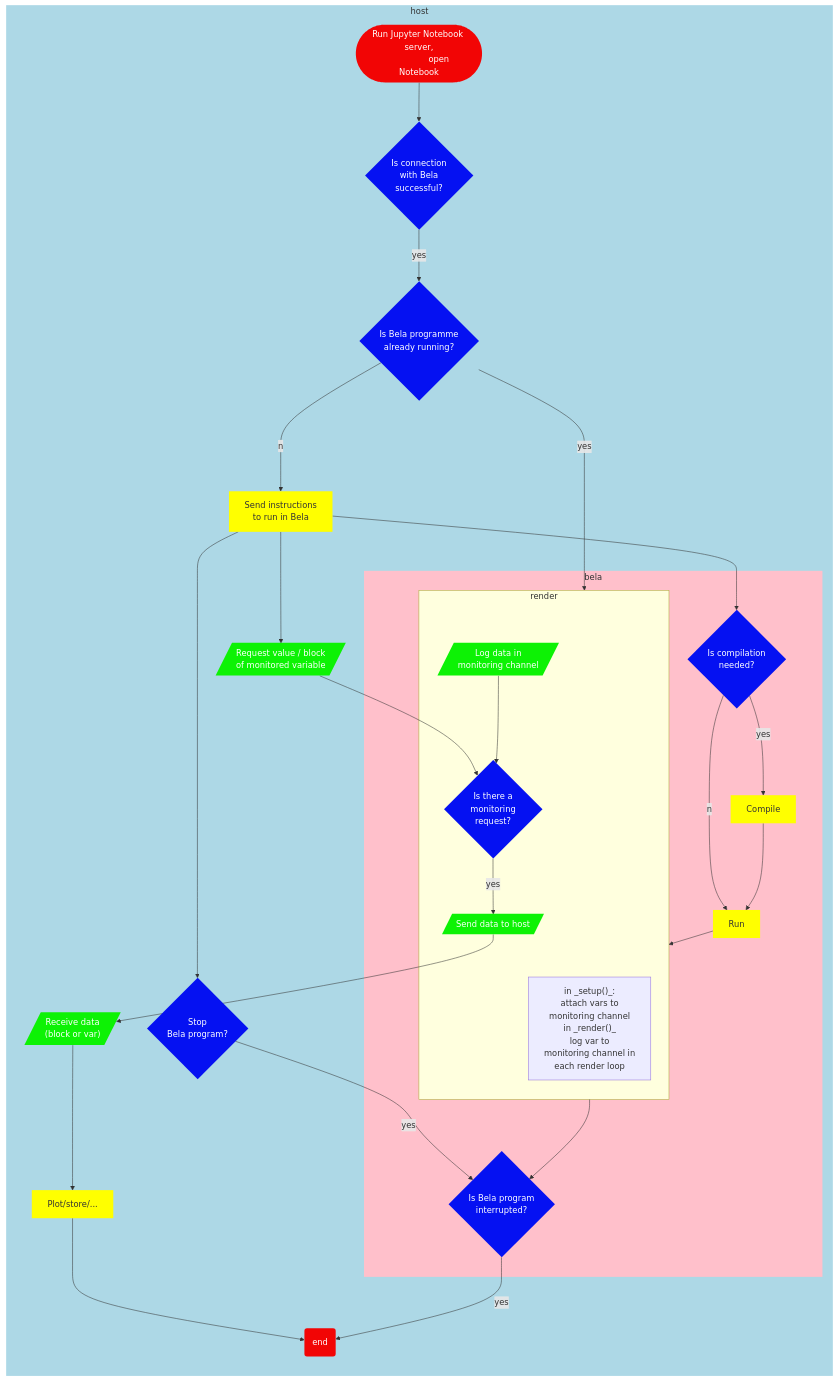
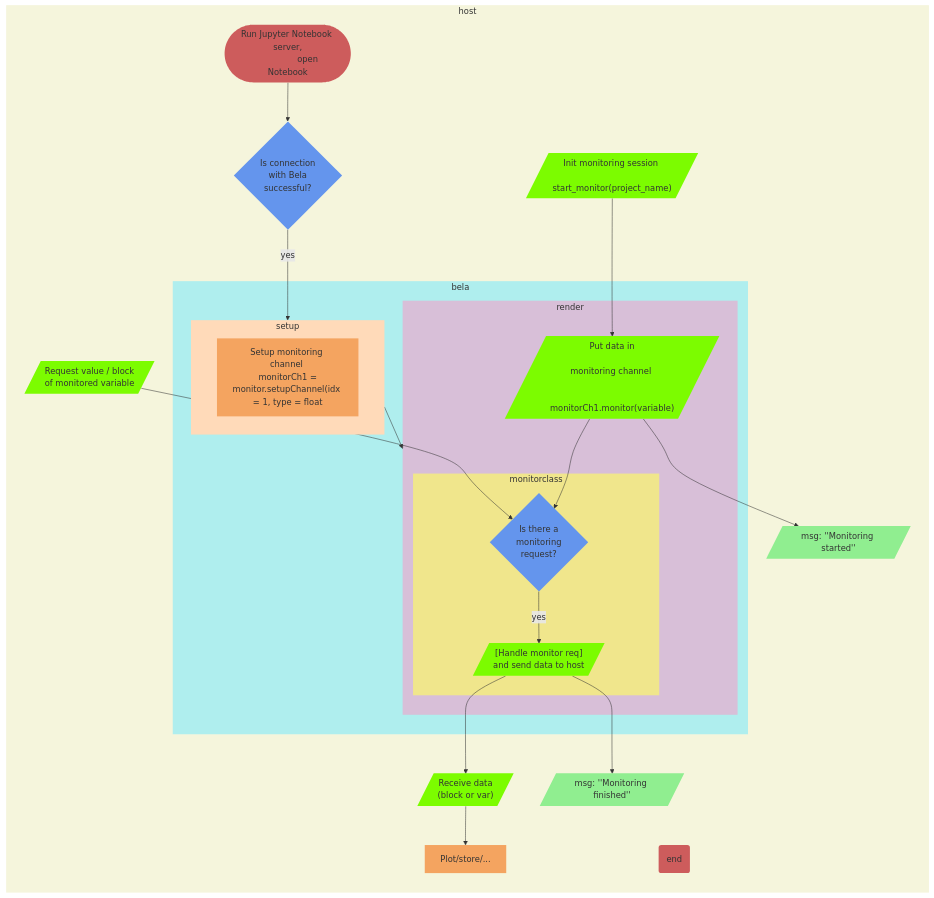
Before and after one commit to BelaPlatform/pybela: the diagram in flowcharts/monitoring.md, drawn with Mermaid. The commit also changed 3 other files, not shown here.

Commit message:
updated flowcharts with latest changes from excel dataflow

````diff
--- a/flowcharts/monitoring.md
+++ b/flowcharts/monitoring.md
@@ -9,13 +9,20 @@
 
 flowchart TD
 
-	classDef c_st fill:#F20505,color:white,stroke-width:0
-	classDef c_io fill:#0DF205,color:white,stroke-width:0
-	classDef c_p fill:yellow,stroke-width:0
-	classDef c_con fill:#0511F2,color:white,stroke-width:0
+	classDef c_st fill:indianred,stroke-width:0
+	classDef c_io fill:lawngreen,stroke-width:0
+	classDef c_p fill:sandybrown,stroke-width:0
+	classDef c_msg fill:lightgreen,stroke-width:0
+	classDef c_con fill:cornflowerblue,stroke-width:0
 	classDef c_bela fill:magenta,stroke-width:0
-	style bela fill:pink,stroke-width:0
-	style host fill:lightblue,stroke-width:0
+
+	style host fill:beige,stroke-width:0
+	style bela fill:paleturquoise,stroke-width:0
+	style setup fill:peachpuff,stroke-width:0
+	style render fill:thistle,stroke-width:0
+	style monitorclass fill:khaki,stroke-width:0
+
+
 
 	subgraph host
 		direction TB
@@ -24,78 +31,67 @@
 		c_all_good{"Is connection
 		with Bela
 		successful?"}:::c_con
-		c_already_run{"Is Bela programme
-		already running?"}:::c_con
-		p_send_inst["Send instructions
-		to run in Bela"]:::c_p
 
+		io_start[/"Init monitoring session 
+		start_monitor(project_name)"/]:::c_io
+	
 		io_req[/"Request value / block
 		of monitored variable"/]:::c_io
 
-		c_is_stopped{"Stop
-		Bela program?"}:::c_con
+		subgraph bela
 
-		subgraph bela
-			c_comp_needed{"Is compilation
-			needed?"}:::c_con
-%%			p_run_ren["enter render() loop"]:::c_p
-%%			p_end_ren["end of render()"]:::c_p
+			subgraph setup
+				p_monitor_setup["Setup monitoring channel \n monitorCh1 = monitor.setupChannel(idx = 1, type = float"]:::c_p
+			end
 
-			p_compile["Compile"]:::c_p
-%%			c_comp{"Compilation
-%%			successful"}:::c_con
-			p_run["Run"]:::c_p
 			subgraph render
-				n1["in _setup()_:
-				attach vars to 
-				monitoring channel
-				in _render()_
-				log var to 
-				monitoring channel in 
-				each render loop"]
-				io_put[/"Log data in
-				monitoring channel"/]:::c_io
-				c_req{"Is there a 
-				monitoring 
-				request?"}:::c_con
-				io_send[/"Send data to host"/]:::c_io
+				io_put[/"Put data in
+				monitoring channel \n
+				monitorCh1.monitor(variable)
+				"/]:::c_io
+
+				subgraph monitorclass
+					c_req{"Is there a 
+					monitoring 
+					request?"}:::c_con
+					io_send[/"[Handle monitor req]
+					and send data to host"/]:::c_io
+
+				end
 			end
-			c_int{"Is Bela program
-			interrupted?"}:::c_con
+
 		end
+
+		
+		msg_start[/"msg: ''Monitoring started''"/]:::c_msg
+		msg_e[/"msg: ''Monitoring finished''"/]:::c_msg
 
 		io_receive[/"Receive data
 		(block or var)"/]:::c_io
 		p_proc[Plot/store/...]:::c_p
        
 
+	
+		st-->c_all_good
+		c_all_good--yes-->setup
+		
+		setup -->render
 
-		st-->c_all_good
-		c_all_good--yes-->c_already_run
-		c_already_run--no-->p_send_inst
-		p_send_inst-->io_req
+		io_start-->io_put
+		io_put-->msg_start
+		io_put-->c_req
+		c_req--yes-->io_send
+
+		io_send-->msg_e
+
+		io_send-->io_receive
+		io_receive-->p_proc
+
 		io_req-->c_req
 
-		c_already_run--yes-->render
-		p_send_inst-->c_is_stopped
 
-		p_send_inst-->c_comp_needed
-		c_comp_needed--yes-->p_compile
-		c_comp_needed--no-->p_run
-		p_compile-->p_run
-        p_run-->render
-		render-->c_int
-		io_put-->c_req
-		c_req--yes-->io_send
-		io_send-->io_receive
-		io_receive-->p_proc
-		p_proc-->e
-
-
-		c_is_stopped--yes-->c_int
 		e("end"):::c_st
 
-		c_int--yes-->e
 
 	end
 ```
````
